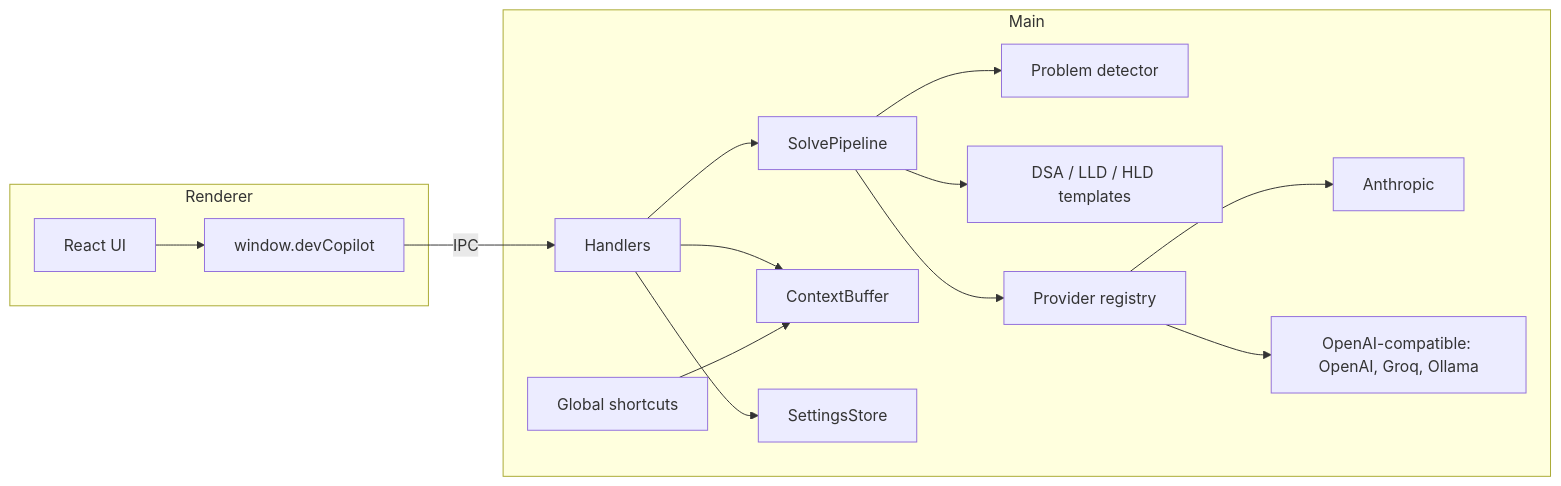
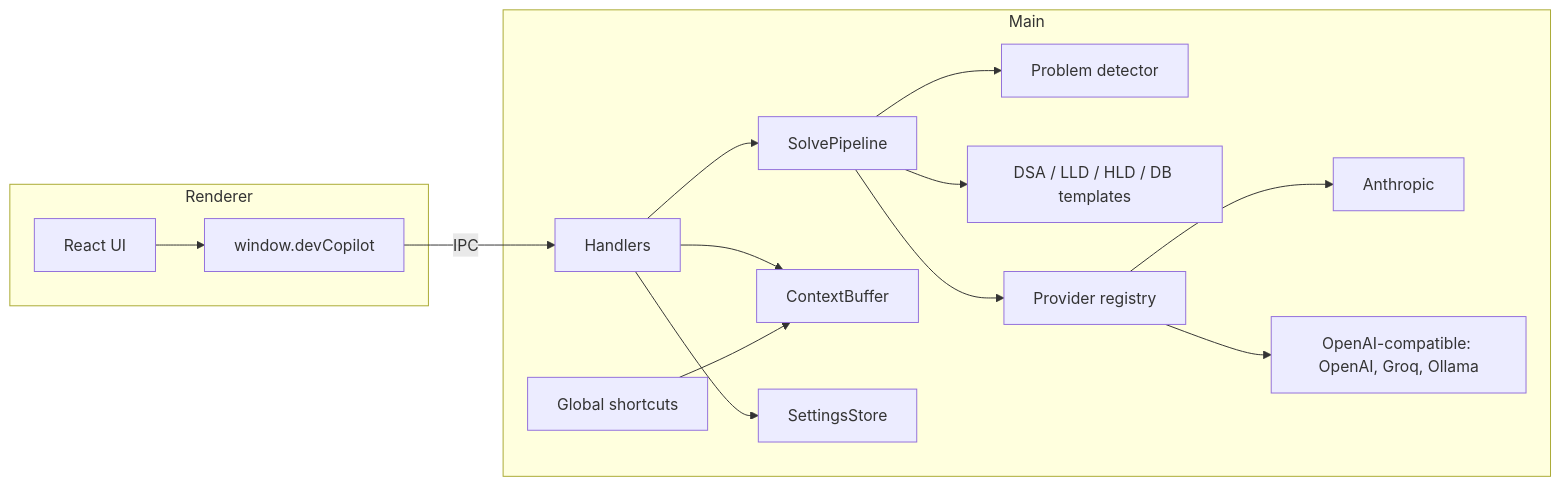
Before and after one commit to abhimitharwal13/dev-copilot: the diagram in README.md, drawn with Mermaid. The commit also changed other lines of this file and 21 other files, not shown here.

First line of the commit message:
Add Database Design type, diagram viewer, export, section jump and interview step mode

````diff
--- a/README.md
+++ b/README.md
@@ -75,18 +79,18 @@
 ```mermaid
 flowchart LR
   subgraph Renderer
     UI[React UI] --> Bridge[window.devCopilot]
   end
   Bridge -- IPC --> Handlers
   subgraph Main
     Handlers --> Pipeline[SolvePipeline]
     Handlers --> Buffer[ContextBuffer]
     Handlers --> Settings[SettingsStore]
     Shortcuts[Global shortcuts] --> Buffer
     Pipeline --> Detector[Problem detector]
-    Pipeline --> Templates[DSA / LLD / HLD templates]
+    Pipeline --> Templates[DSA / LLD / HLD / DB templates]
     Pipeline --> Registry[Provider registry]
     Registry --> Claude[Anthropic]
     Registry --> OAI[OpenAI-compatible: OpenAI, Groq, Ollama]
   end
 ```
````
